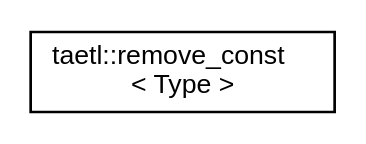
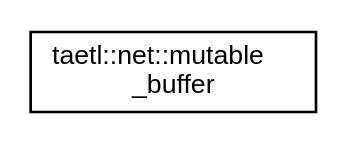
Before and after one commit to tobanteAudio/taetl: the diagram in inherit_graph_22.dot, drawn with Graphviz. The commit also changed 145 other files, not shown here.

```diff
--- a/inherit_graph_22.dot
+++ b/inherit_graph_22.dot
@@ -1,7 +1,7 @@
 digraph "Graphical Class Hierarchy"
 {
   edge [fontname="Helvetica",fontsize="10",labelfontname="Helvetica",labelfontsize="10"];
   node [fontname="Helvetica",fontsize="10",shape=record];
   rankdir="LR";
-  Node0 [label="taetl::remove_const\l\< Type \>",height=0.2,width=0.4,color="black", fillcolor="white", style="filled",URL="$structtaetl_1_1remove__const.html"];
+  Node0 [label="taetl::net::mutable\l_buffer",height=0.2,width=0.4,color="black", fillcolor="white", style="filled",URL="$classtaetl_1_1net_1_1mutable__buffer.html"];
 }
```
